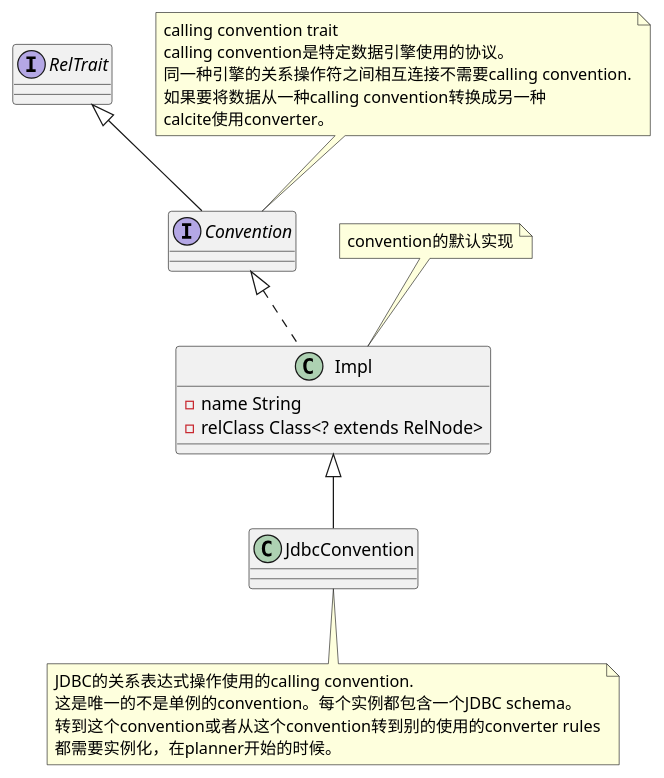
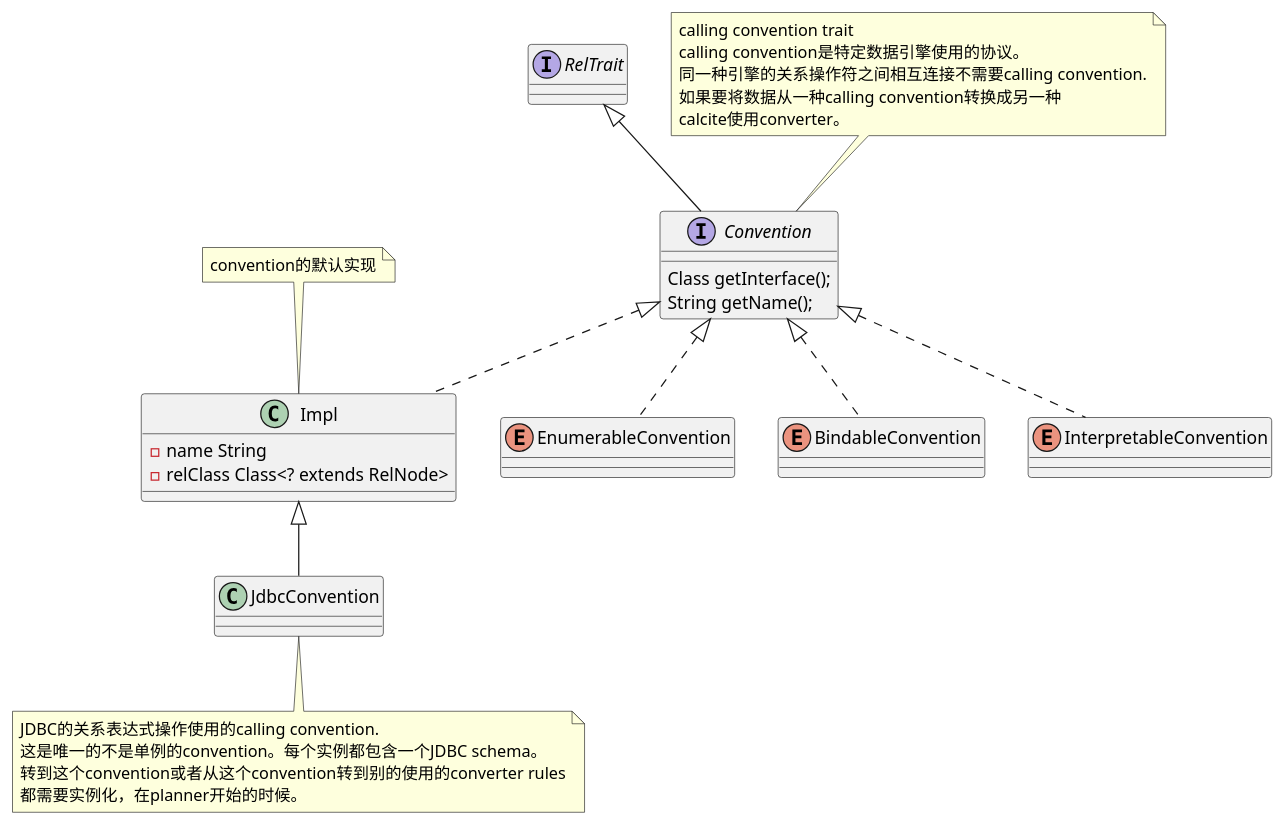
One commit to lichangjiang/calcite-tutorial changed the diagram in calcite_uml/class/convention_class.puml. Above: the diagram before and after it, drawn with PlantUML. The commit also changed 1 other file, not shown here.

```diff
--- a/calcite_uml/class/convention_class.puml
+++ b/calcite_uml/class/convention_class.puml
@@ -1,37 +1,42 @@
 @startuml
 
 interface RelTrait {
 }
 
 interface Convention extends RelTrait {
+    Class getInterface();
+    String getName();
 }
 
 note top of Convention
     calling convention trait
     calling convention是特定数据引擎使用的协议。
     同一种引擎的关系操作符之间相互连接不需要calling convention.
     如果要将数据从一种calling convention转换成另一种
     calcite使用converter。
 end note
 
 class Impl implements Convention {
     - name String
     - relClass Class<? extends RelNode>
 }
 
 note top of Impl
     convention的默认实现
 end note
 
 class JdbcConvention extends Impl {
 
 }
 
 note bottom of JdbcConvention
     JDBC的关系表达式操作使用的calling convention.
     这是唯一的不是单例的convention。每个实例都包含一个JDBC schema。
     转到这个convention或者从这个convention转到别的使用的converter rules
     都需要实例化，在planner开始的时候。
 end note
 
+enum EnumerableConvention implements Convention
+enum BindableConvention implements Convention
+enum InterpretableConvention implements Convention
 @enduml
```
